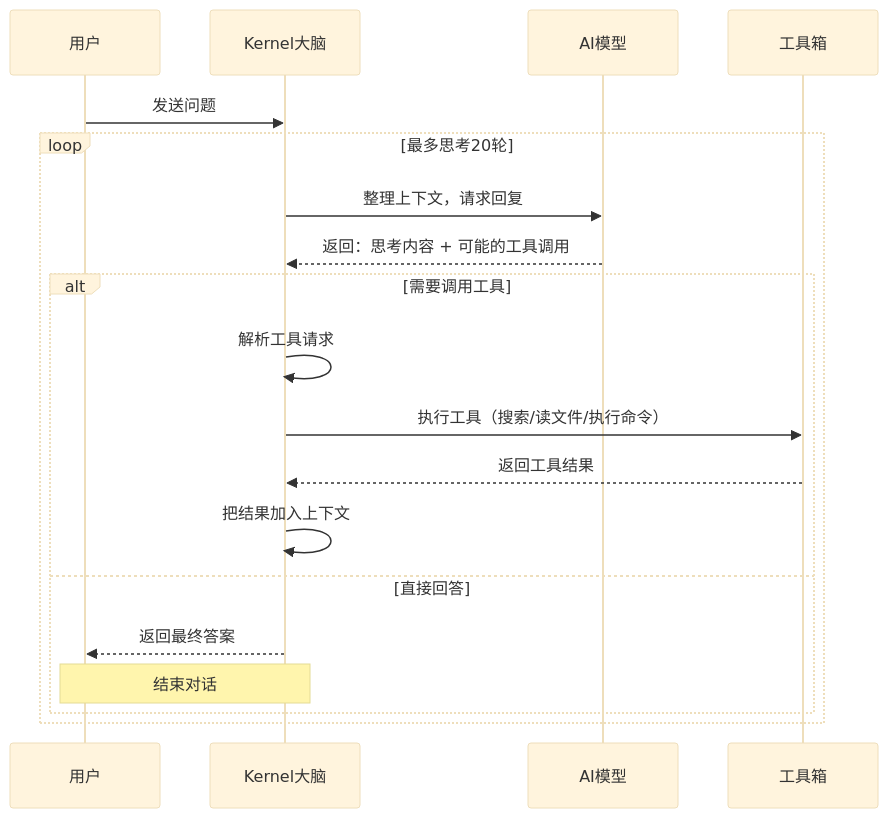
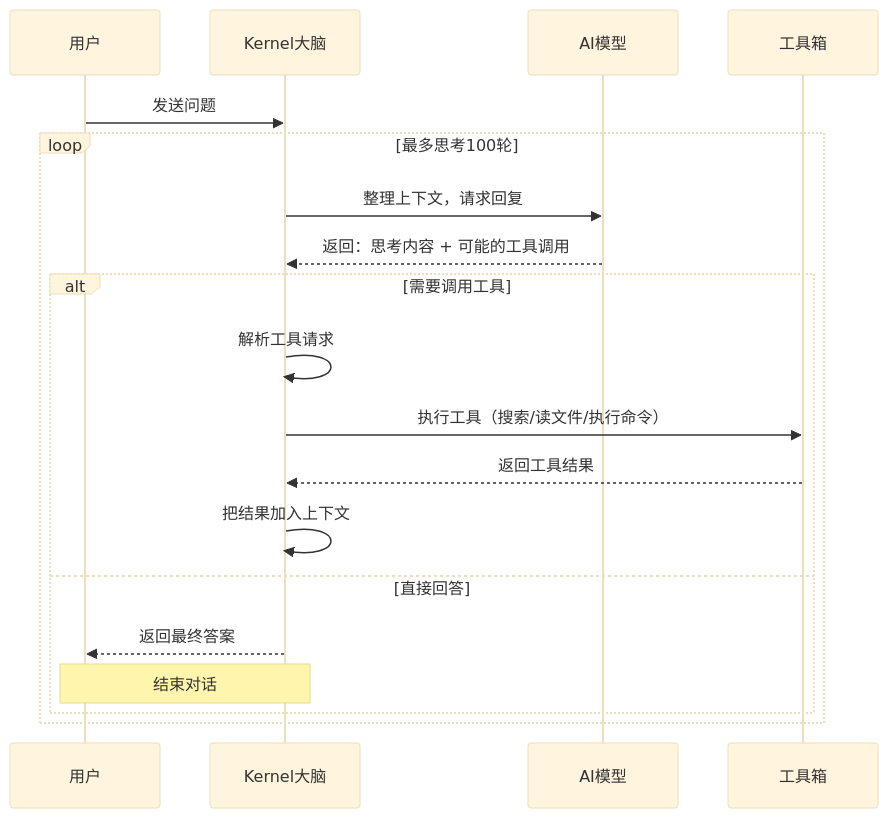
The third of 16 diagrams in docs/kernel.md (yeheng/nanobot-rs), drawn with Mermaid (base theme) before and after one commit. The commit also changed other lines of this file and 41 other files, not shown here.

````diff
--- a/docs/kernel.md
+++ b/docs/kernel.md
@@ -50,24 +50,24 @@
 ```mermaid
 sequenceDiagram
     participant U as 用户
     participant K as Kernel大脑
     participant AI as AI模型
     participant T as 工具箱
     
     U->>K: 发送问题
     
-    loop 最多思考20轮
+    loop 最多思考100轮
         K->>AI: 整理上下文，请求回复
         AI-->>K: 返回：思考内容 + 可能的工具调用
         
         alt 需要调用工具
             K->>K: 解析工具请求
             K->>T: 执行工具（搜索/读文件/执行命令）
             T-->>K: 返回工具结果
             K->>K: 把结果加入上下文
         else 直接回答
             K-->>U: 返回最终答案
             Note over K,U: 结束对话
         end
     end
 ```
````
